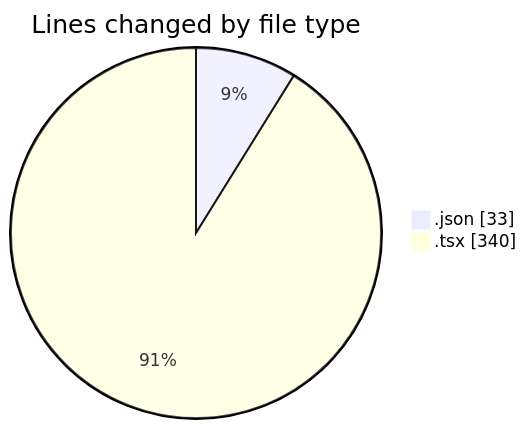
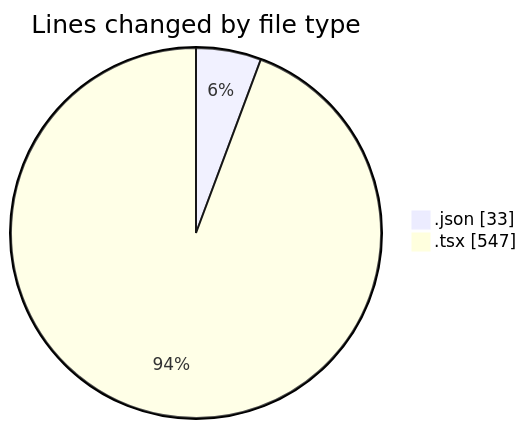
Before and after one commit to Elitesun/code-tracking: the first of 2 diagrams in 2025-03-11/projet_stage/README.md, drawn with Mermaid. The commit also changed other lines of this file and 1 other file, not shown here.

````diff
--- a/2025-03-11/projet_stage/README.md
+++ b/2025-03-11/projet_stage/README.md
@@ -25,6 +26,6 @@
 ```mermaid
 pie showData
 title Lines changed by file type
 ".json" : 33
-".tsx" : 340
+".tsx" : 547
 ```
````
